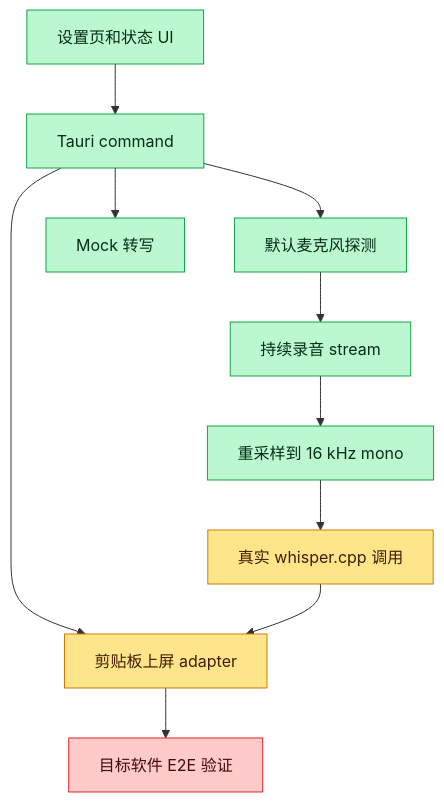
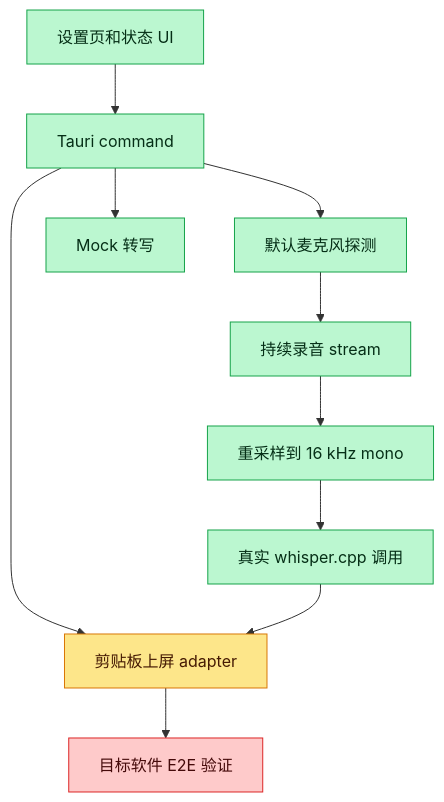
One commit to snowcraneww/vox-type changed the fourth of 4 diagrams in docs/guide/code-walkthrough.md. Above: the diagram before and after it, drawn with Mermaid. The commit also changed other lines of this file and 10 other files, not shown here.

Commit message:
feat: transcribe last recording with whisper cpp

````diff
--- a/docs/guide/code-walkthrough.md
+++ b/docs/guide/code-walkthrough.md
@@ -264,16 +264,16 @@
 ```mermaid
 flowchart TD
   classDef done fill:#bbf7d0,stroke:#16a34a,color:#052e16
   classDef missing fill:#fecaca,stroke:#dc2626,color:#450a0a
   classDef partial fill:#fde68a,stroke:#d97706,color:#451a03
 
   A[设置页和状态 UI]:::done --> B[Tauri command]:::done
   B --> C[默认麦克风探测]:::done
   B --> D[Mock 转写]:::done
   B --> E[剪贴板上屏 adapter]:::partial
   C --> F[持续录音 stream]:::done
   F --> G[重采样到 16 kHz mono]:::done
-  G --> H[真实 whisper.cpp 调用]:::partial
+  G --> H[真实 whisper.cpp 调用]:::done
   H --> E
   E --> I[目标软件 E2E 验证]:::missing
 ```
````
